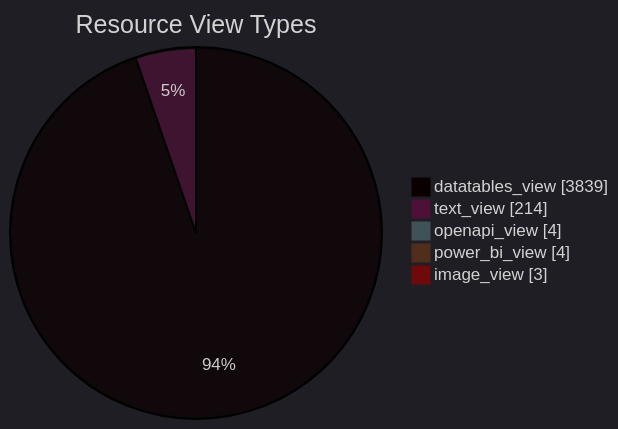
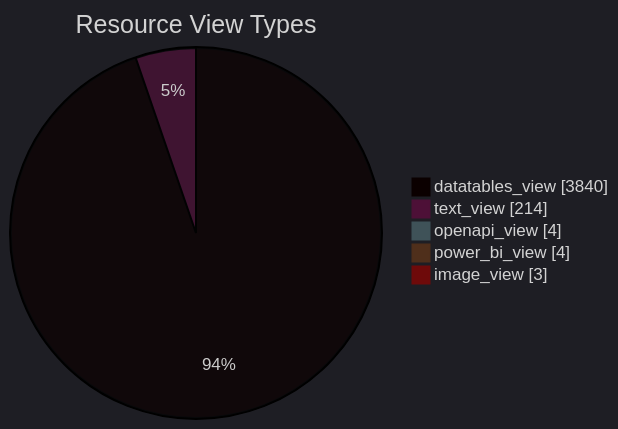
The diagram in datastore_tracker/resource_view_types_pie_chart.md (open-data/analytics-corporate-reporting), drawn with Mermaid before and after one commit. The commit also changed 11 other files, not shown here.

````diff
--- a/datastore_tracker/resource_view_types_pie_chart.md
+++ b/datastore_tracker/resource_view_types_pie_chart.md
@@ -2,12 +2,12 @@
 ```mermaid
 ---
 config:
   theme: dark
 ---
 pie showData title Resource View Types
-    "datatables_view": 3839
+    "datatables_view": 3840
     "text_view": 214
     "openapi_view": 4
     "power_bi_view": 4
     "image_view": 3
 ```
````
